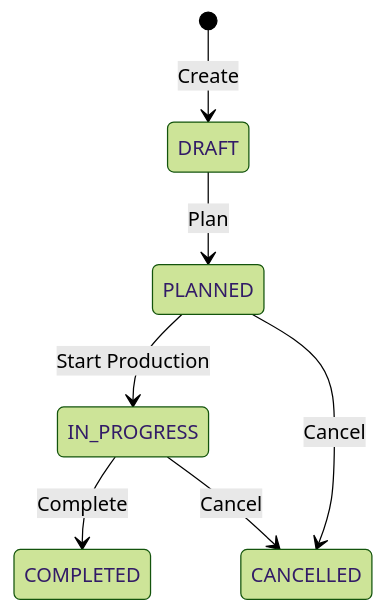
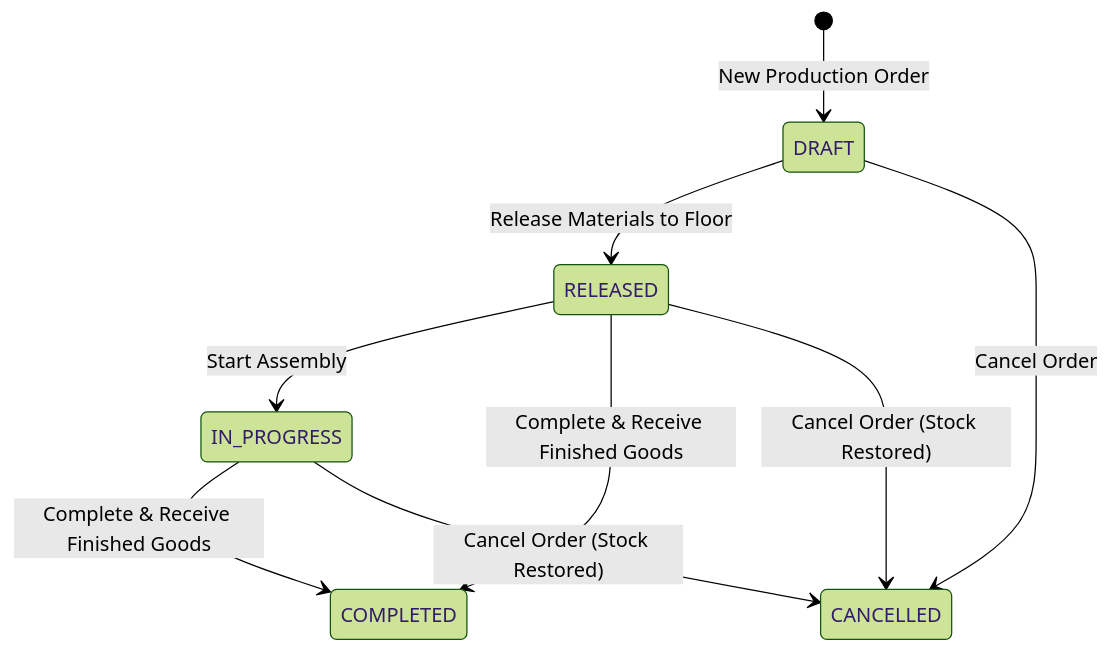
One commit to tenarm/docs changed the diagram in user-guides/modules/manufacturing.md. Above: the diagram before and after it, drawn with Mermaid (forest theme). The commit also changed other lines of this file and 42 other files, not shown here.

````diff
--- a/user-guides/modules/manufacturing.md
+++ b/user-guides/modules/manufacturing.md
@@ -25,9 +42,11 @@
 ```mermaid
 stateDiagram-v2
-    [*] --> DRAFT : Create
-    DRAFT --> PLANNED : Plan
-    PLANNED --> IN_PROGRESS : Start Production
-    IN_PROGRESS --> COMPLETED : Complete
-    IN_PROGRESS --> CANCELLED : Cancel
-    PLANNED --> CANCELLED : Cancel
+    [*] --> DRAFT : New Production Order
+    DRAFT --> RELEASED : Release Materials to Floor
+    DRAFT --> CANCELLED : Cancel Order
+    RELEASED --> IN_PROGRESS : Start Assembly
+    RELEASED --> COMPLETED : Complete & Receive Finished Goods
+    RELEASED --> CANCELLED : Cancel Order (Stock Restored)
+    IN_PROGRESS --> COMPLETED : Complete & Receive Finished Goods
+    IN_PROGRESS --> CANCELLED : Cancel Order (Stock Restored)
 ```
````
